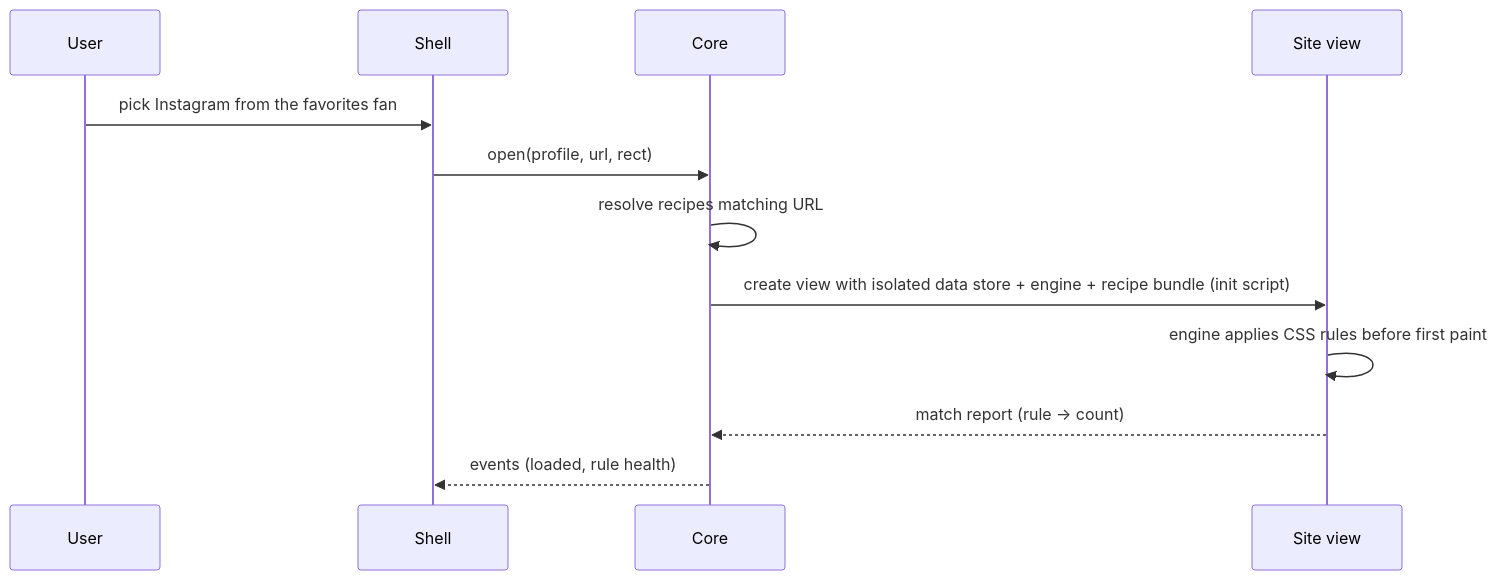
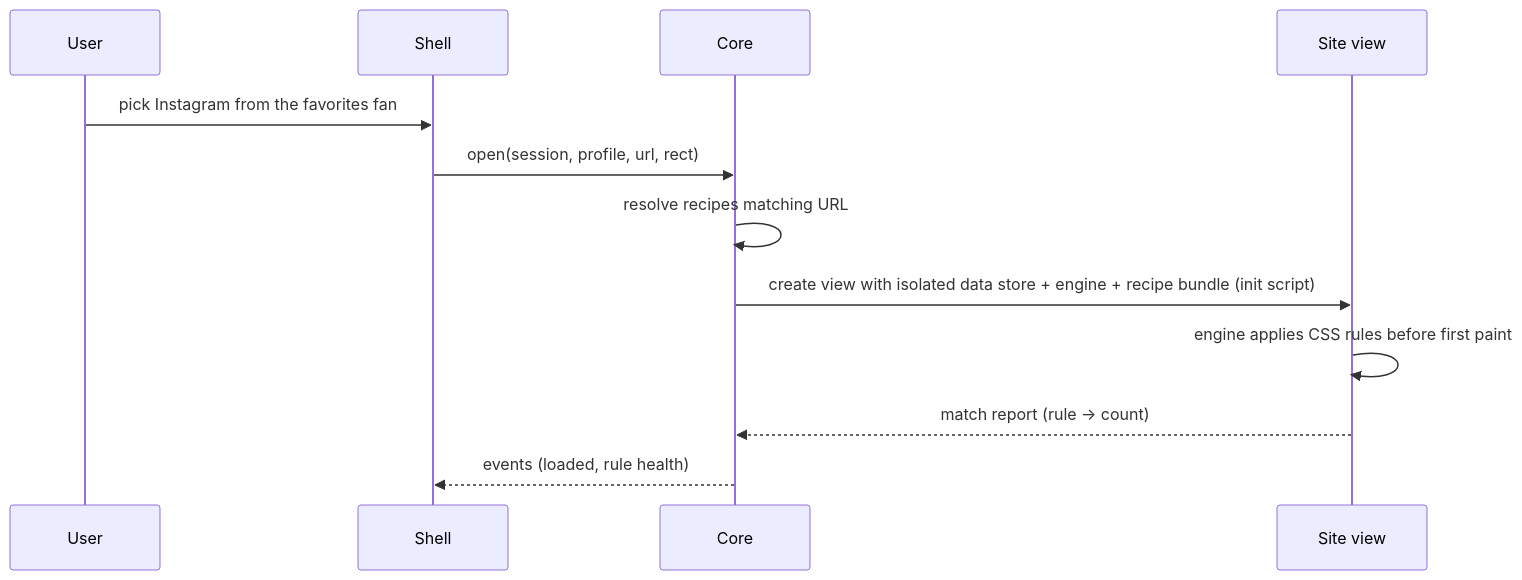
One commit to DFanso/openmedia changed the second of 3 diagrams in docs/wiki/architecture.md. Above: the diagram before and after it, drawn with Mermaid. The commit also changed other lines of this file and 41 other files, not shown here.

````diff
--- a/docs/wiki/architecture.md
+++ b/docs/wiki/architecture.md
@@ -84,14 +85,14 @@
 ```mermaid
 sequenceDiagram
   participant U as User
   participant S as Shell
   participant C as Core
   participant V as Site view
   U->>S: pick Instagram from the favorites fan
-  S->>C: open(profile, url, rect)
+  S->>C: open(session, profile, url, rect)
   C->>C: resolve recipes matching URL
   C->>V: create view with isolated data store + engine + recipe bundle (init script)
   V->>V: engine applies CSS rules before first paint
   V-->>C: match report (rule -> count)
   C-->>S: events (loaded, rule health)
 ```
````
